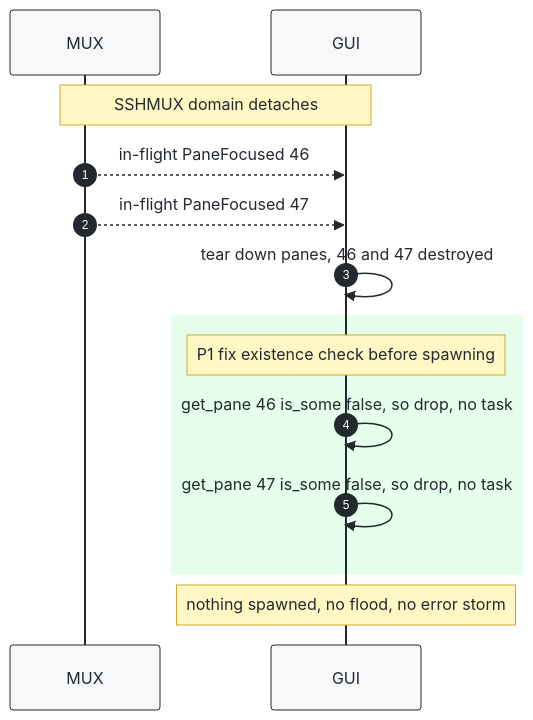
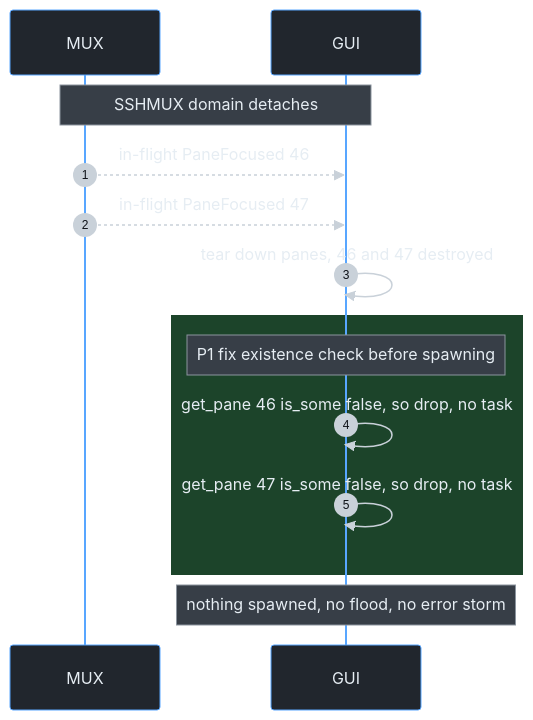
The fourth of 4 diagrams in investigations/sshmux-panefocused-storm/DIAGRAMS.md (ankitson/wezterm), drawn with Mermaid before and after one commit. The commit also changed other lines of this file, not shown here.

First line of the commit message:
docs: fix PaneFocused diagram colors for dark background

````diff
--- a/investigations/sshmux-panefocused-storm/DIAGRAMS.md
+++ b/investigations/sshmux-panefocused-storm/DIAGRAMS.md
@@ -126,18 +126,18 @@
 ```mermaid
-%%{init: {'theme':'base','themeVariables':{'background':'#ffffff','primaryColor':'#f6f8fa','primaryTextColor':'#24292f','primaryBorderColor':'#24292f','lineColor':'#24292f','actorBkg':'#f6f8fa','actorBorder':'#24292f','actorTextColor':'#24292f','signalColor':'#24292f','signalTextColor':'#24292f','noteBkgColor':'#fff8c5','noteTextColor':'#24292f','noteBorderColor':'#d4a72c','loopTextColor':'#24292f','labelBoxBkgColor':'#f6f8fa','labelTextColor':'#24292f','sequenceNumberColor':'#ffffff'}}}%%
+%%{init: {'theme':'base','themeVariables':{'background':'#0d1117','primaryColor':'#21262d','primaryTextColor':'#e6edf3','primaryBorderColor':'#58a6ff','lineColor':'#c9d1d9','actorBkg':'#21262d','actorBorder':'#58a6ff','actorTextColor':'#e6edf3','signalColor':'#c9d1d9','signalTextColor':'#e6edf3','noteBkgColor':'#373e47','noteTextColor':'#e6edf3','noteBorderColor':'#8b949e','loopTextColor':'#e6edf3','labelBoxBkgColor':'#21262d','labelTextColor':'#e6edf3','sequenceNumberColor':'#0d1117'}}}%%
 sequenceDiagram
     autonumber
     participant S as MUX
     participant G as GUI
 
     Note over S,G: SSHMUX domain detaches
     S-->>G: in-flight PaneFocused 46
     S-->>G: in-flight PaneFocused 47
     G->>G: tear down panes, 46 and 47 destroyed
-    rect rgb(230,255,236)
+    rect rgb(28,68,42)
     Note over G: P1 fix existence check before spawning
     G->>G: get_pane 46 is_some false, so drop, no task
     G->>G: get_pane 47 is_some false, so drop, no task
     end
     Note over G: nothing spawned, no flood, no error storm
 ```
````
